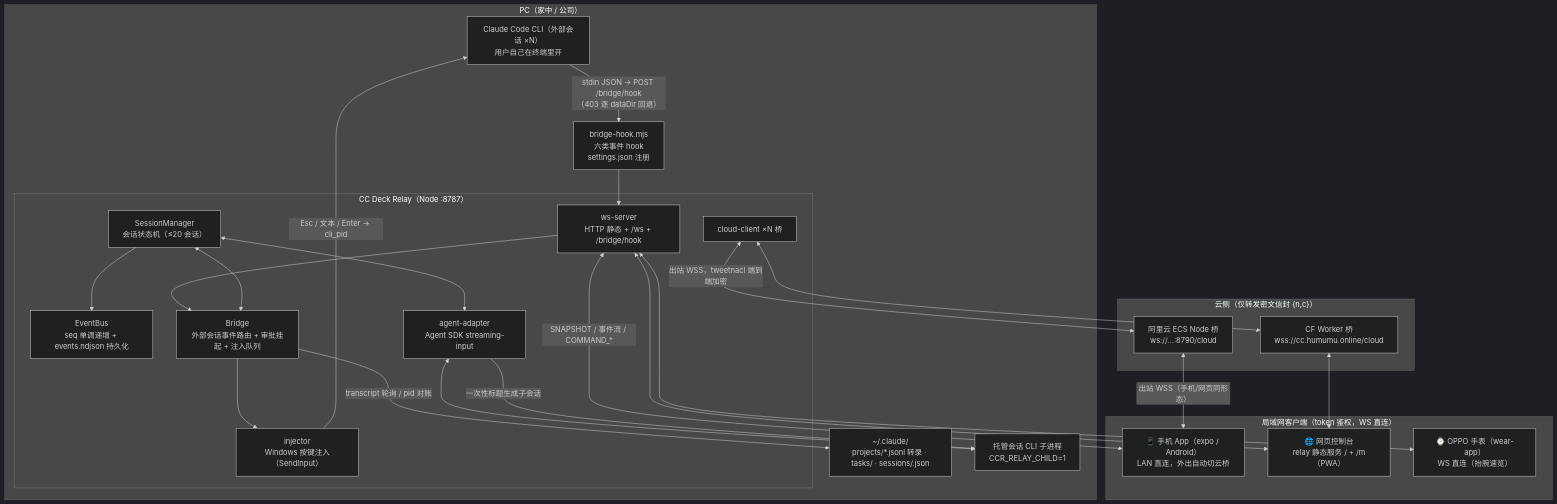
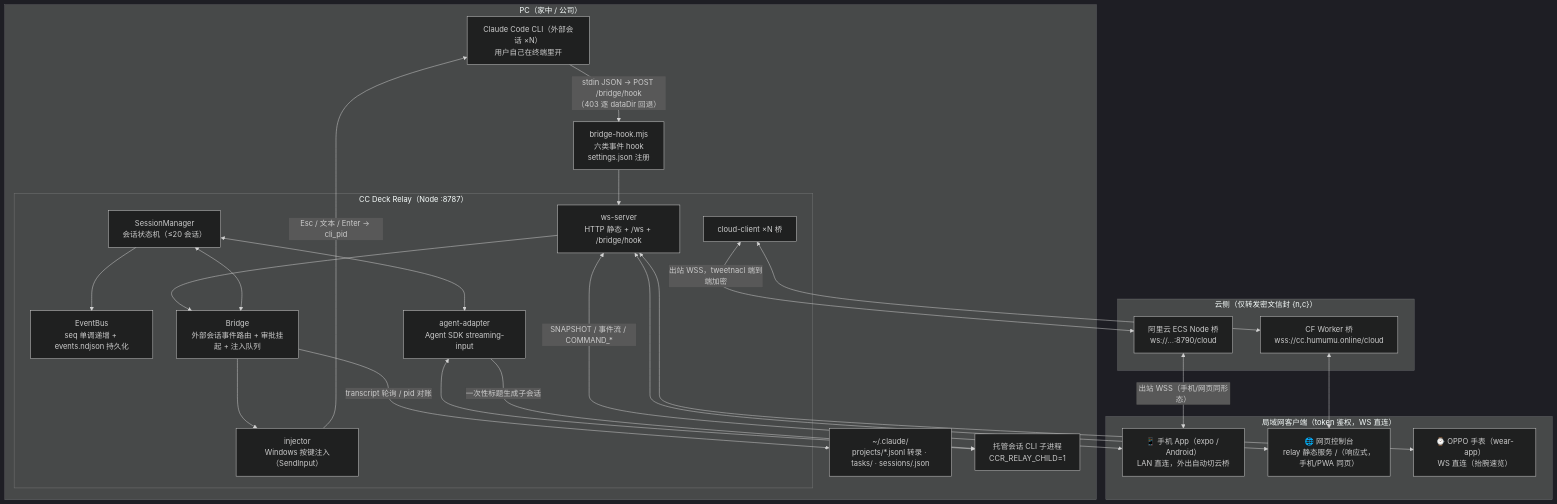
One commit to humumu130/cc-deck changed the first of 4 diagrams in docs/architecture.md. Above: the diagram before and after it, drawn with Mermaid (dark theme). The commit also changed other lines of this file and 4 other files, not shown here.

````diff
--- a/docs/architecture.md
+++ b/docs/architecture.md
@@ -7,49 +7,49 @@
 ```mermaid
 flowchart TB
     subgraph PC["PC（家中 / 公司）"]
         CLI1["Claude Code CLI（外部会话 ×N）<br/>用户自己在终端里开"]
         HOOK["bridge-hook.mjs<br/>六类事件 hook<br/>settings.json 注册"]
         subgraph RELAY["CC Deck Relay（Node :8787）"]
             WS["ws-server<br/>HTTP 静态 + /ws + /bridge/hook"]
             BUS["EventBus<br/>seq 单调递增 + events.ndjson 持久化"]
             MGR["SessionManager<br/>会话状态机（≤20 会话）"]
             BR["Bridge<br/>外部会话事件路由 + 审批挂起 + 注入队列"]
             INJ["injector<br/>Windows 按键注入（SendInput）"]
             SDK["agent-adapter<br/>Agent SDK streaming-input"]
             CC["cloud-client ×N 桥"]
         end
         FS["~/.claude/<br/>projects/*.jsonl 转录 · tasks/ · sessions/<pid>.json"]
         AGENT["托管会话 CLI 子进程<br/>CCR_RELAY_CHILD=1"]
     end
 
     subgraph LAN["局域网客户端（token 鉴权，WS 直连）"]
         PHONE["📱 手机 App（expo / Android）<br/>LAN 直连，外出自动切云桥"]
-        WEB["🌐 网页控制台<br/>relay 静态服务 / + /m（PWA）"]
+        WEB["🌐 网页控制台<br/>relay 静态服务 /（响应式，手机/PWA 同页）"]
         WATCH["⌚ OPPO 手表（wear-app）<br/>WS 直连（抬腕速览）"]
     end
 
     subgraph CLOUD["云侧（仅转发密文信封 {n,c}）"]
         BRIDGE1["阿里云 ECS Node 桥<br/>ws://…:8790/cloud"]
         BRIDGE2["CF Worker 桥<br/>wss://cc.humumu.online/cloud"]
     end
 
     CLI1 -->|"stdin JSON → POST /bridge/hook<br/>（403 逐 dataDir 回退）"| HOOK
     HOOK --> WS
     WS --> BR
     BR -->|"transcript 轮询 / pid 对账"| FS
     BR --> INJ
     INJ -->|"Esc / 文本 / Enter → cli_pid"| CLI1
     MGR <--> BR
     MGR --> BUS
     MGR <--> SDK
     SDK <--> AGENT
     SDK -->|"一次性标题生成子会话"| AGENT
 
     WS <-->|"SNAPSHOT / 事件流 / COMMAND_*"| PHONE
     WS <--> WEB
     WS <--> WATCH
     CC <-->|"出站 WSS，tweetnacl 端到端加密"| BRIDGE1
     CC <--> BRIDGE2
     BRIDGE1 <-->|"出站 WSS（手机/网页同形态）"| PHONE
     BRIDGE2 <--> WEB
 ```
````
